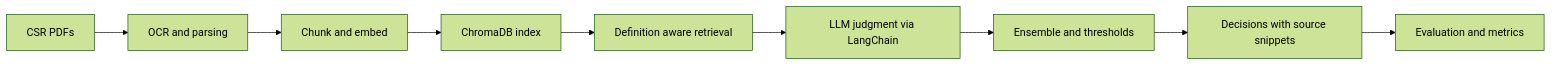
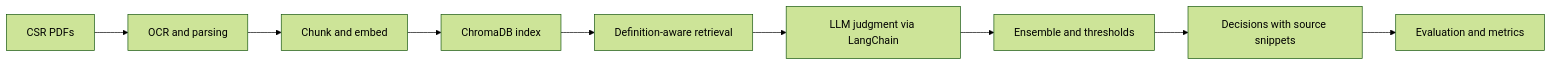
The first of 3 diagrams in README.md (LuDanielPoyu/Compliance-Analysis-of-Corporate-Social-Responsibility-Reports), drawn with Mermaid (forest theme) before and after one commit. The commit also changed other lines of this file, not shown here.

````diff
--- a/README.md
+++ b/README.md
@@ -37,11 +37,11 @@
 ```mermaid
 flowchart LR
   A[CSR PDFs] --> B[OCR and parsing]
   B --> C[Chunk and embed]
   C --> D[ChromaDB index]
-  D --> E[Definition aware retrieval]
+  D --> E[Definition-aware retrieval]
   E --> F[LLM judgment via LangChain]
   F --> G[Ensemble and thresholds]
   G --> H[Decisions with source snippets]
   H --> I[Evaluation and metrics]
 ```
````
